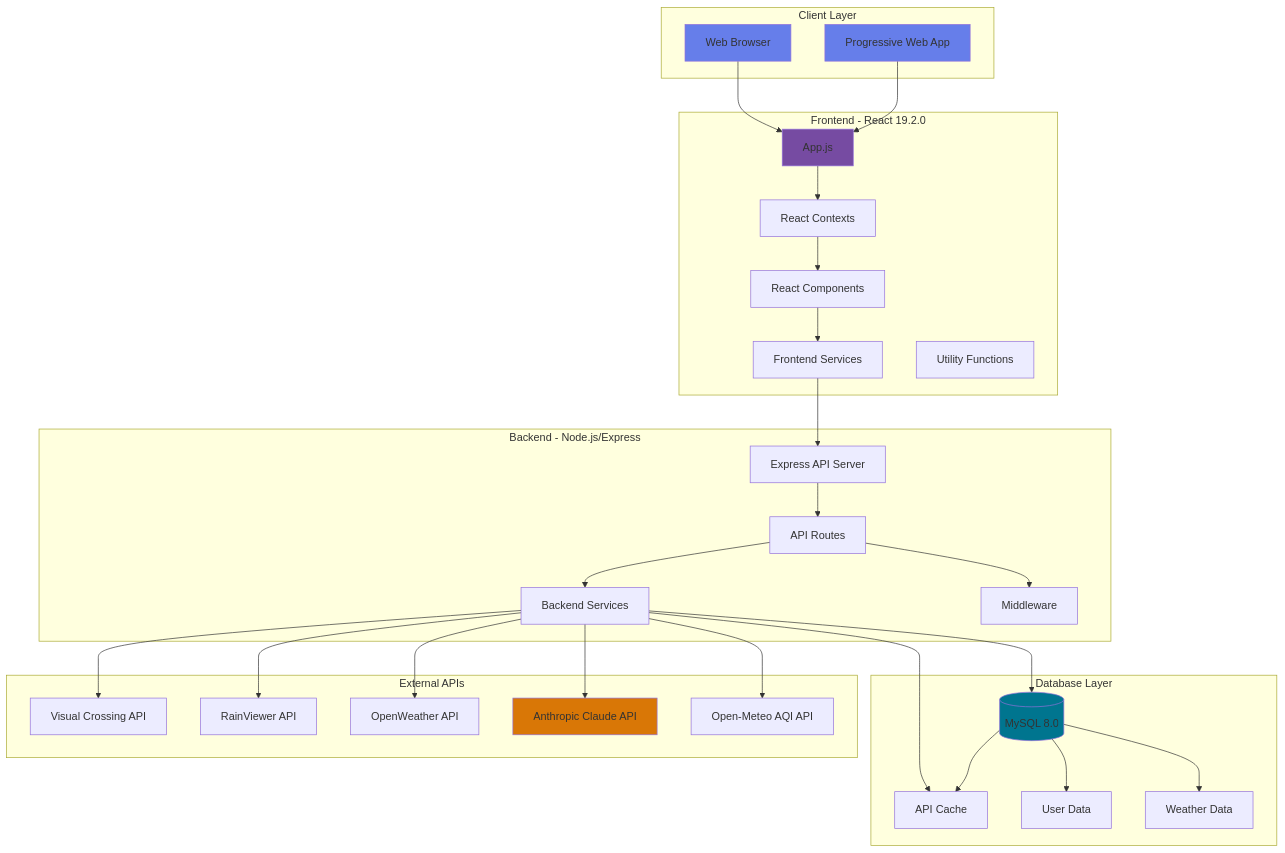
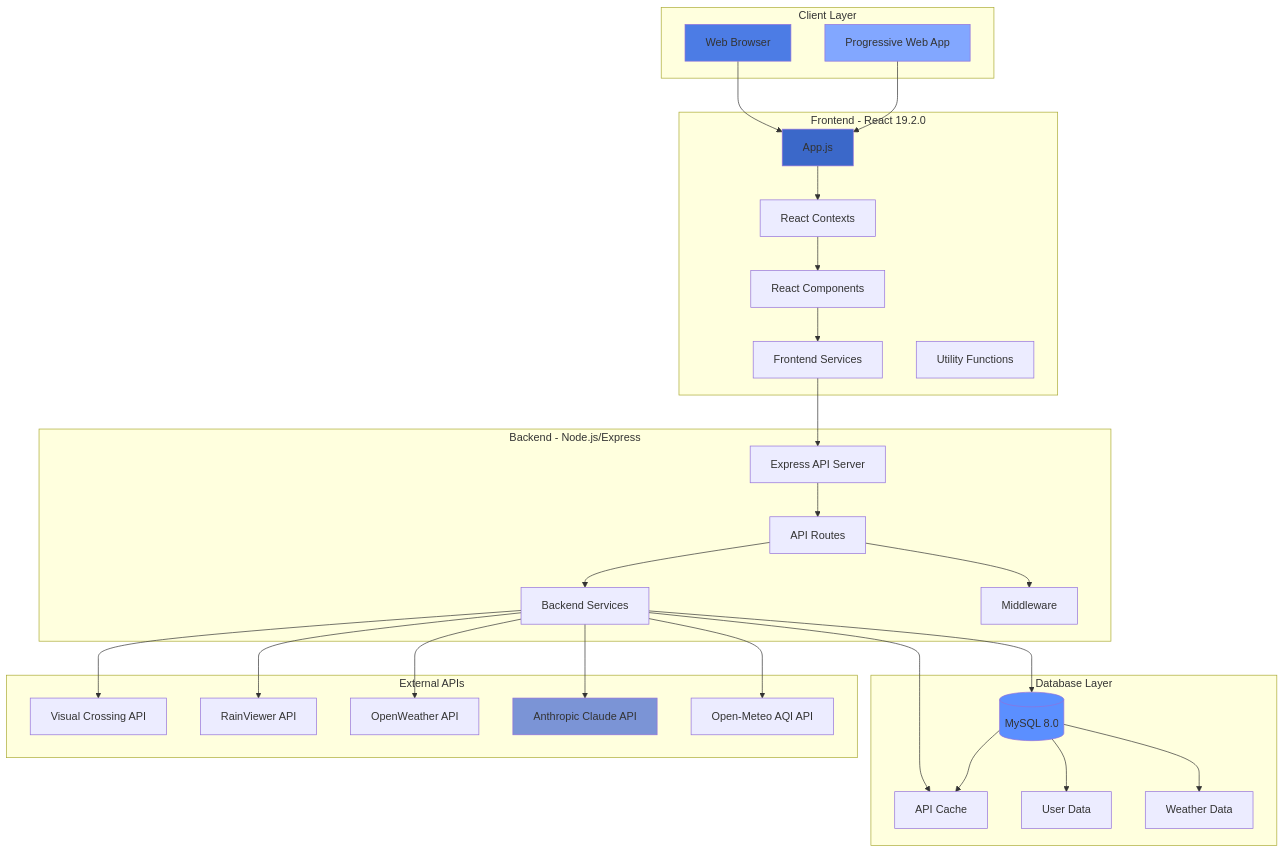
Before and after one commit to mbuckingham74/meteo-weather: the first of 8 diagrams in docs/getting-started/ARCHITECTURE.md, drawn with Mermaid. The commit also changed other lines of this file and 10 other files, not shown here.

````diff
--- a/docs/getting-started/ARCHITECTURE.md
+++ b/docs/getting-started/ARCHITECTURE.md
@@ -17,66 +17,66 @@
 ```mermaid
 graph TB
     subgraph "Client Layer"
         Browser[Web Browser]
         PWA[Progressive Web App]
     end
 
     subgraph "Frontend - React 19.2.0"
         App[App.js]
         Contexts[React Contexts]
         Components[React Components]
         Services[Frontend Services]
         Utils[Utility Functions]
     end
 
     subgraph "Backend - Node.js/Express"
         API[Express API Server]
         Routes[API Routes]
         BackendServices[Backend Services]
         Middleware[Middleware]
     end
 
     subgraph "Database Layer"
         MySQL[(MySQL 8.0)]
         Cache[API Cache]
         Users[User Data]
         Weather[Weather Data]
     end
 
     subgraph "External APIs"
         VisualCrossing[Visual Crossing API]
         RainViewer[RainViewer API]
         OpenWeather[OpenWeather API]
         Claude[Anthropic Claude API]
         OpenMeteo[Open-Meteo AQI API]
     end
 
     Browser --> App
     PWA --> App
     App --> Contexts
     Contexts --> Components
     Components --> Services
     Services --> API
 
     API --> Routes
     Routes --> BackendServices
     Routes --> Middleware
     BackendServices --> MySQL
     BackendServices --> Cache
 
     BackendServices --> VisualCrossing
     BackendServices --> RainViewer
     BackendServices --> OpenWeather
     BackendServices --> Claude
     BackendServices --> OpenMeteo
 
     MySQL --> Users
     MySQL --> Weather
     MySQL --> Cache
 
-    style Browser fill:#667eea
-    style PWA fill:#667eea
-    style App fill:#764ba2
-    style MySQL fill:#00758f
-    style Claude fill:#d97706
+    style Browser fill:#4c7ce5
+    style PWA fill:#82a7ff
+    style App fill:#3b68c9
+    style MySQL fill:#5b8fff
+    style Claude fill:#7b94d6
 ```
````
